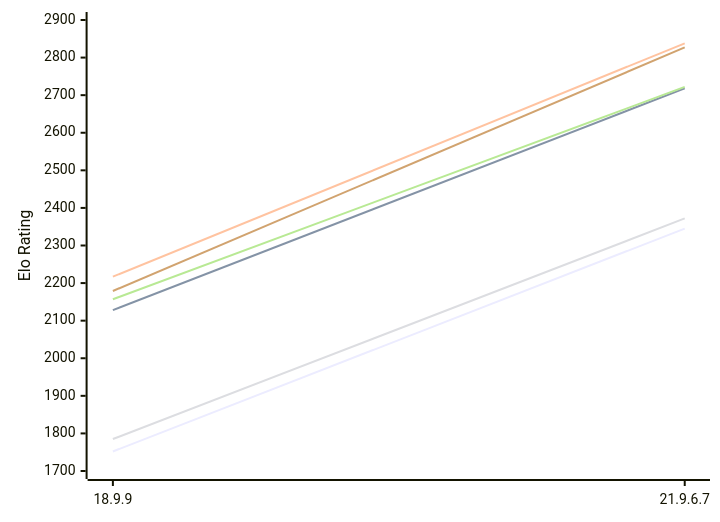
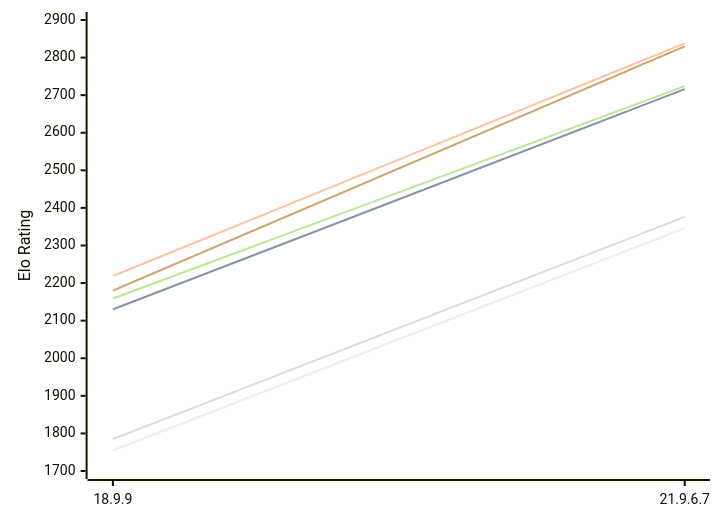
The diagram in engines/RuthIron.md (computer-chess-index/cci), drawn with Mermaid before and after one commit. The commit also changed other lines of this file, not shown here.

Commit message:
Update CCI Ratings (ELO VLTC) - 2026-11-19

````diff
--- a/engines/RuthIron.md
+++ b/engines/RuthIron.md
@@ -49,12 +49,12 @@
 ```mermaid
 %%{init: {"theme":"base","themeVariables":{"seriesColors:['#a3a3a3','#222221','#faa371']}}}%%
 xychart-beta
   x-axis ["18.9.9", "21.9.6.7"]
   y-axis "Elo Rating" 1700 --> 2900
-  line "E1: STC (8.0+0.08s)" [1752, 2345]
-  line "E1: LTC (60.0+0.60s)" [2128, 2718]
-  line "E1: VLTC (2m24s+1.12s)" [2217, 2838]
-  line "P1: STC (8.0+0.08s)" [1785, 2372]
-  line "P1: LTC (60.0+0.60s)" [2157, 2722]
-  line "P1: VLTC (2m24s+1.12s)" [2179, 2827]
+  line "E1: STC (8.0+0.08s)" [1755, 2346]
+  line "E1: LTC (60.0+0.60s)" [2130, 2716]
+  line "E1: VLTC (2m24s+1.12s)" [2219, 2838]
+  line "P1: STC (8.0+0.08s)" [1785, 2376]
+  line "P1: LTC (60.0+0.60s)" [2159, 2724]
+  line "P1: VLTC (2m24s+1.12s)" [2180, 2830]
 ```
````
